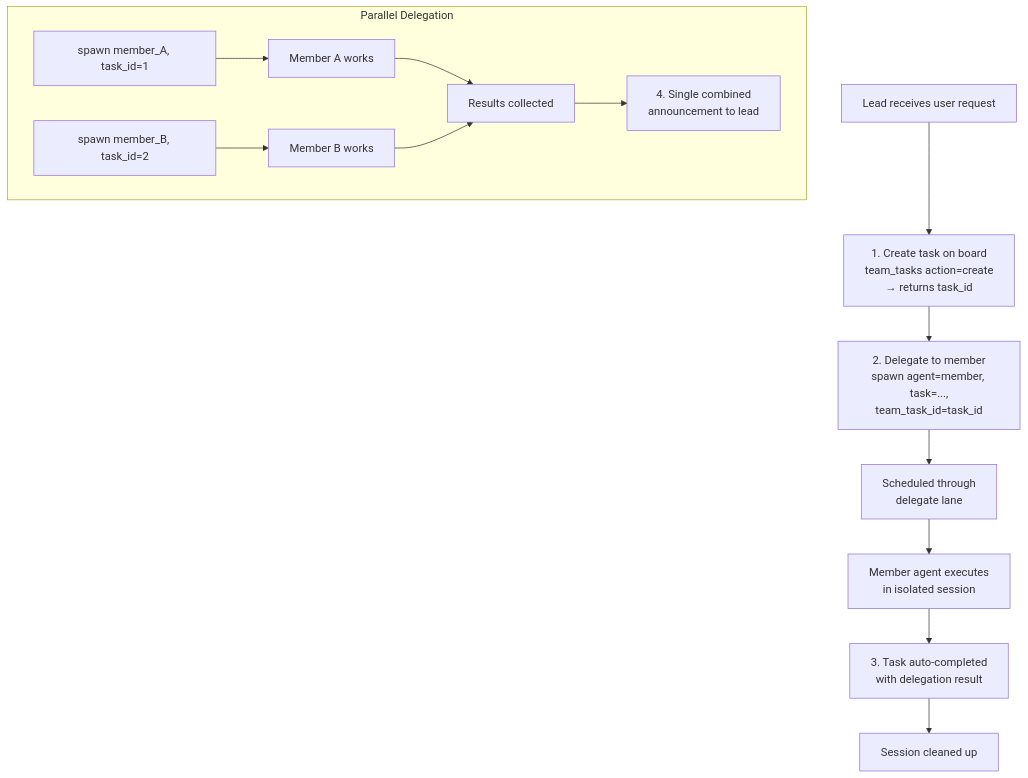
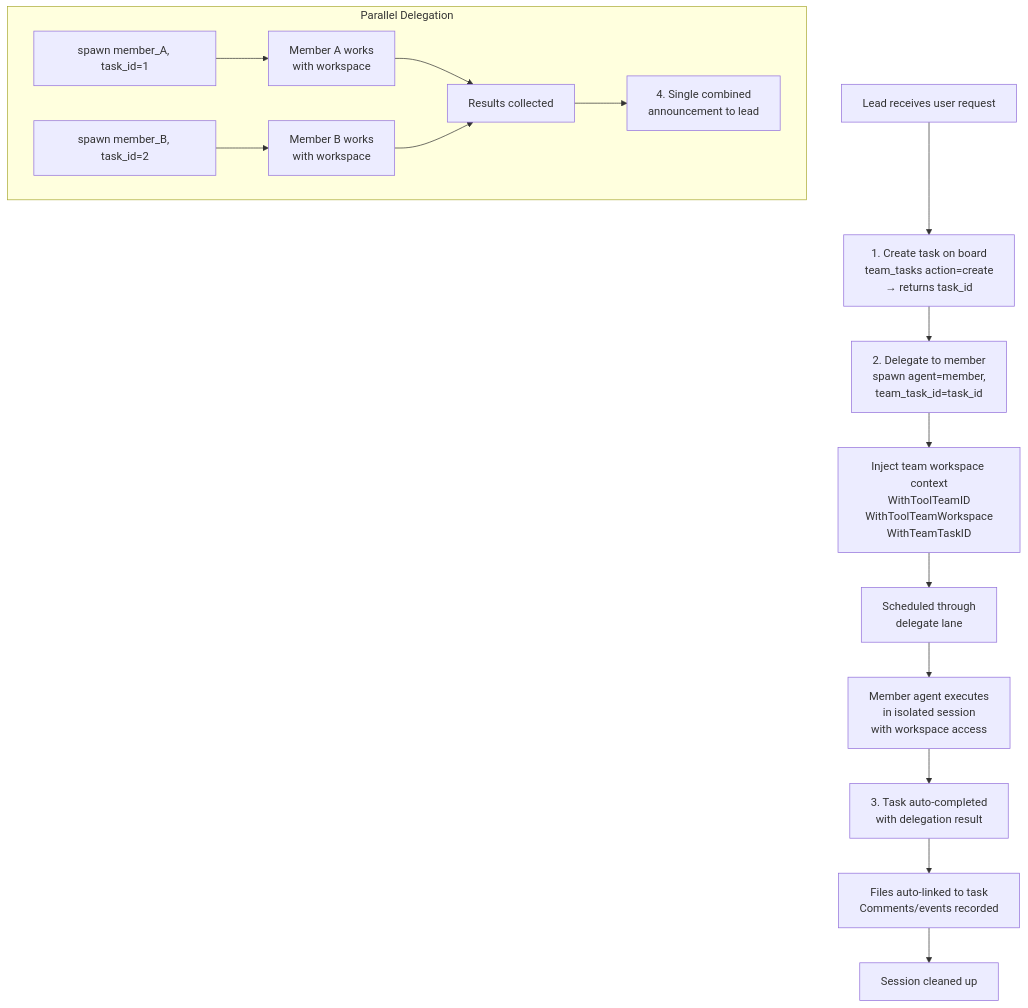
One commit to qkhalk/goclaw changed the fifth of 6 diagrams in docs/11-agent-teams.md. Above: the diagram before and after it, drawn with Mermaid. The commit also changed other lines of this file and 22 other files, not shown here.

````diff
--- a/docs/11-agent-teams.md
+++ b/docs/11-agent-teams.md
@@ -199,17 +386,19 @@
 ```mermaid
 flowchart TD
     LEAD["Lead receives user request"] --> CREATE["1. Create task on board<br/>team_tasks action=create<br/>→ returns task_id"]
-    CREATE --> SPAWN["2. Delegate to member<br/>spawn agent=member, task=...,<br/>team_task_id=task_id"]
-    SPAWN --> LANE["Scheduled through<br/>delegate lane"]
-    LANE --> MEMBER["Member agent executes<br/>in isolated session"]
+    CREATE --> SPAWN["2. Delegate to member<br/>spawn agent=member,<br/>team_task_id=task_id"]
+    SPAWN --> INJECT["Inject team workspace context<br/>WithToolTeamID<br/>WithToolTeamWorkspace<br/>WithTeamTaskID"]
+    INJECT --> LANE["Scheduled through<br/>delegate lane"]
+    LANE --> MEMBER["Member agent executes<br/>in isolated session<br/>with workspace access"]
     MEMBER --> COMPLETE["3. Task auto-completed<br/>with delegation result"]
-    COMPLETE --> CLEANUP["Session cleaned up"]
+    COMPLETE --> DISPATCH["Files auto-linked to task<br/>Comments/events recorded"]
+    DISPATCH --> CLEANUP["Session cleaned up"]
 
     subgraph "Parallel Delegation"
-        SPAWN2["spawn member_A, task_id=1"] --> RUN_A["Member A works"]
-        SPAWN3["spawn member_B, task_id=2"] --> RUN_B["Member B works"]
+        SPAWN2["spawn member_A, task_id=1"] --> RUN_A["Member A works<br/>with workspace"]
+        SPAWN3["spawn member_B, task_id=2"] --> RUN_B["Member B works<br/>with workspace"]
         RUN_A --> COLLECT["Results collected"]
         RUN_B --> COLLECT
         COLLECT --> ANNOUNCE["4. Single combined<br/>announcement to lead"]
     end
 ```
````
